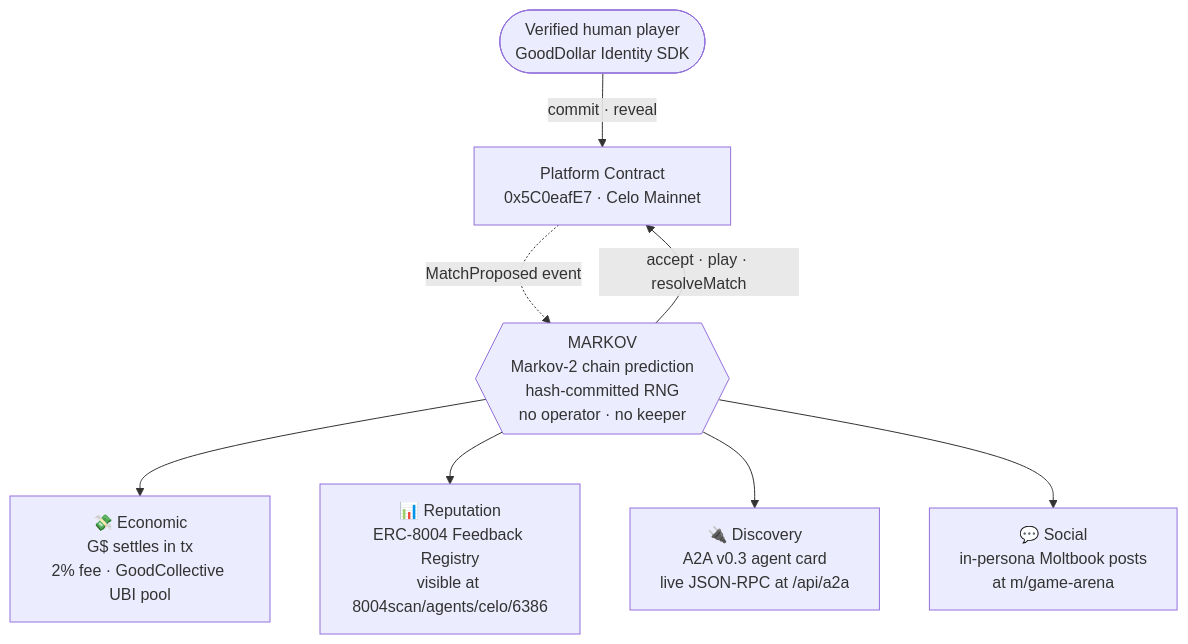
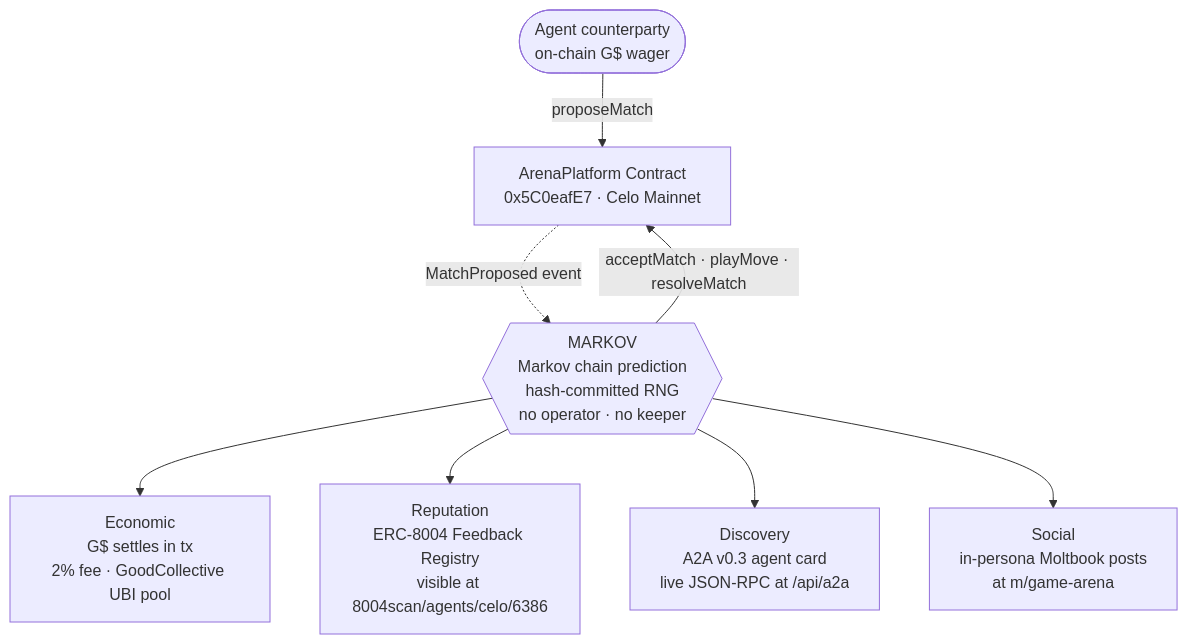
One commit to HACK3R-CRYPTO/Gamerstew changed the diagram in agent/README.md. Above: the diagram before and after it, drawn with Mermaid. The commit also changed other lines of this file and 6 other files, not shown here.

````diff
--- a/agent/README.md
+++ b/agent/README.md
@@ -31,15 +45,15 @@
 ```mermaid
 flowchart TB
-    P([Verified human player<br/>GoodDollar Identity SDK])
-    PC[Platform Contract<br/>0x5C0eafE7 · Celo Mainnet]
-    M{{MARKOV<br/>Markov-2 chain prediction<br/>hash-committed RNG<br/>no operator · no keeper}}
+    C([Agent counterparty<br/>on-chain G$ wager])
+    PC[ArenaPlatform Contract<br/>0x5C0eafE7 · Celo Mainnet]
+    M{{MARKOV<br/>Markov chain prediction<br/>hash-committed RNG<br/>no operator · no keeper}}
 
-    P -->|commit · reveal| PC
+    C -->|proposeMatch| PC
     PC -.MatchProposed event.-> M
-    M -->|accept · play · resolveMatch| PC
+    M -->|acceptMatch · playMove · resolveMatch| PC
 
-    M --> L1["💸 Economic<br/>G$ settles in tx<br/>2% fee · GoodCollective UBI pool"]
-    M --> L2["📊 Reputation<br/>ERC-8004 Feedback Registry<br/>visible at 8004scan/agents/celo/6386"]
-    M --> L3["🔌 Discovery<br/>A2A v0.3 agent card<br/>live JSON-RPC at /api/a2a"]
-    M --> L4["💬 Social<br/>in-persona Moltbook posts<br/>at m/game-arena"]
+    M --> L1["Economic<br/>G$ settles in tx<br/>2% fee · GoodCollective UBI pool"]
+    M --> L2["Reputation<br/>ERC-8004 Feedback Registry<br/>visible at 8004scan/agents/celo/6386"]
+    M --> L3["Discovery<br/>A2A v0.3 agent card<br/>live JSON-RPC at /api/a2a"]
+    M --> L4["Social<br/>in-persona Moltbook posts<br/>at m/game-arena"]
 ```
````
